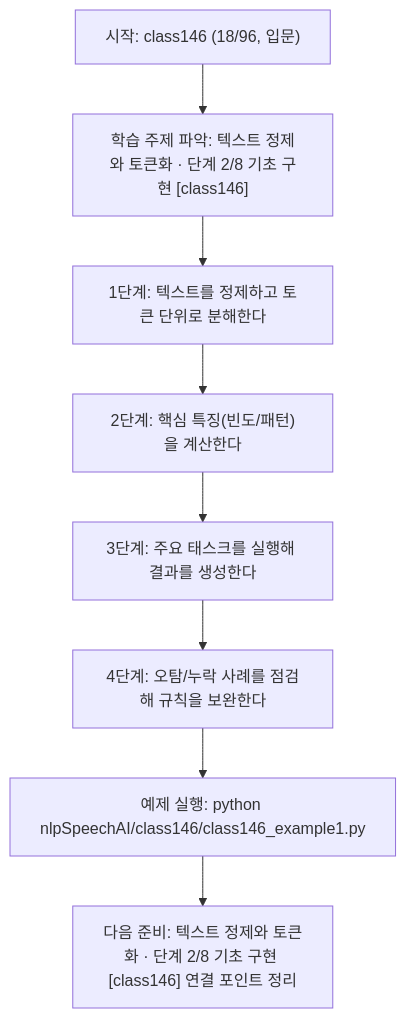
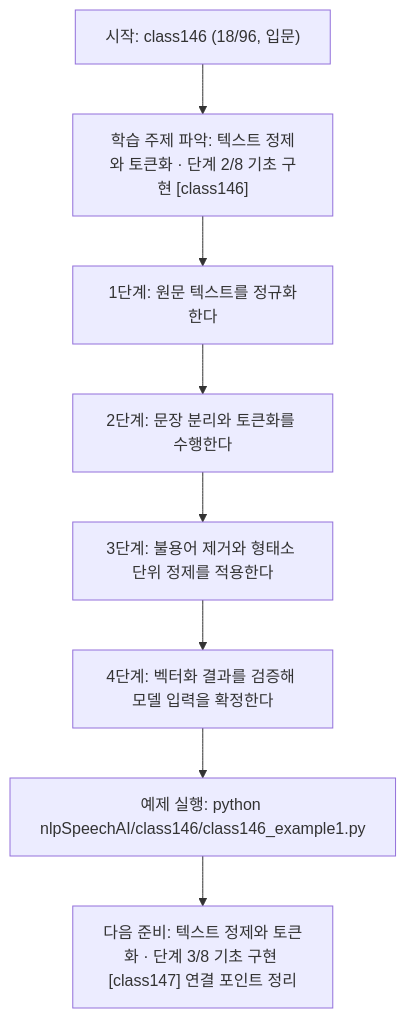
One commit to edumgt/Python-AI_Agent-Class changed the diagram in nlpSpeechAI/class146/class146.md. Above: the diagram before and after it, drawn with Mermaid. The commit also changed other lines of this file and 1122 other files, not shown here.

````diff
--- a/nlpSpeechAI/class146/class146.md
+++ b/nlpSpeechAI/class146/class146.md
@@ -114,18 +95,18 @@
 ```mermaid
 flowchart TD
 N1["시작: class146 (18/96, 입문)"]
 N2["학습 주제 파악: 텍스트 정제와 토큰화 · 단계 2/8 기초 구현 [class146]"]
-N3["1단계: 텍스트를 정제하고 토큰 단위로 분해한다"]
-N4["2단계: 핵심 특징(빈도/패턴)을 계산한다"]
-N5["3단계: 주요 태스크를 실행해 결과를 생성한다"]
-N6["4단계: 오탐/누락 사례를 점검해 규칙을 보완한다"]
+N3["1단계: 원문 텍스트를 정규화한다"]
+N4["2단계: 문장 분리와 토큰화를 수행한다"]
+N5["3단계: 불용어 제거와 형태소 단위 정제를 적용한다"]
+N6["4단계: 벡터화 결과를 검증해 모델 입력을 확정한다"]
 N7["예제 실행: python nlpSpeechAI/class146/class146_example1.py"]
-N8["다음 준비: 텍스트 정제와 토큰화 · 단계 2/8 기초 구현 [class146] 연결 포인트 정리"]
+N8["다음 준비: 텍스트 정제와 토큰화 · 단계 3/8 기초 구현 [class147] 연결 포인트 정리"]
 N1 --> N2
 N2 --> N3
 N3 --> N4
 N4 --> N5
 N5 --> N6
 N6 --> N7
 N7 --> N8
 ```
````
